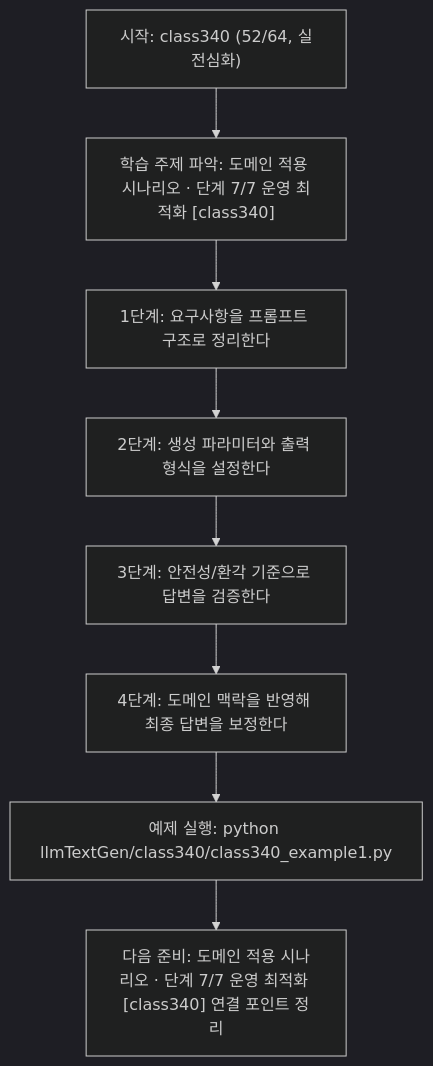
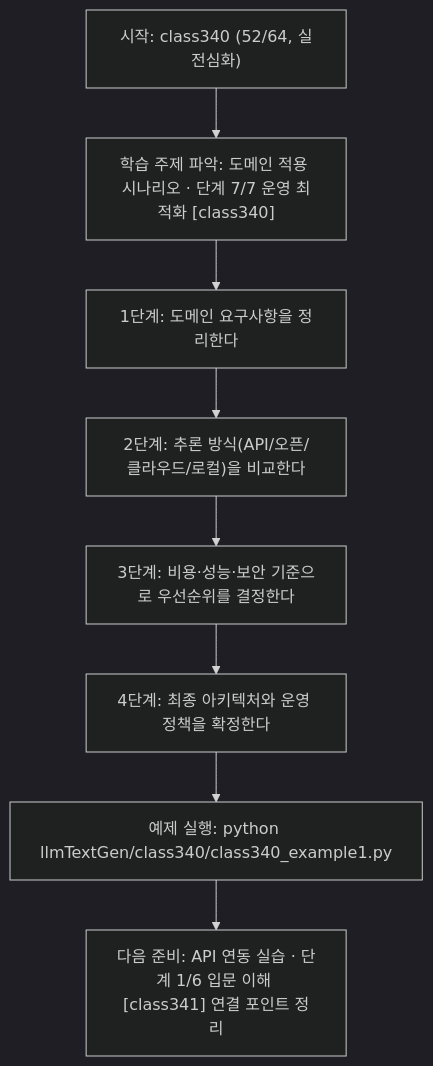
The diagram in llmTextGen/class340/class340.md (edumgt/Python-AI_Agent-Class), drawn with Mermaid (dark theme) before and after one commit. The commit also changed other lines of this file and 451 other files, not shown here.

````diff
--- a/llmTextGen/class340/class340.md
+++ b/llmTextGen/class340/class340.md
@@ -114,18 +95,18 @@
 ```mermaid
 flowchart TD
 N1["시작: class340 (52/64, 실전심화)"]
 N2["학습 주제 파악: 도메인 적용 시나리오 · 단계 7/7 운영 최적화 [class340]"]
-N3["1단계: 요구사항을 프롬프트 구조로 정리한다"]
-N4["2단계: 생성 파라미터와 출력 형식을 설정한다"]
-N5["3단계: 안전성/환각 기준으로 답변을 검증한다"]
-N6["4단계: 도메인 맥락을 반영해 최종 답변을 보정한다"]
+N3["1단계: 도메인 요구사항을 정리한다"]
+N4["2단계: 추론 방식(API/오픈/클라우드/로컬)을 비교한다"]
+N5["3단계: 비용·성능·보안 기준으로 우선순위를 결정한다"]
+N6["4단계: 최종 아키텍처와 운영 정책을 확정한다"]
 N7["예제 실행: python llmTextGen/class340/class340_example1.py"]
-N8["다음 준비: 도메인 적용 시나리오 · 단계 7/7 운영 최적화 [class340] 연결 포인트 정리"]
+N8["다음 준비: API 연동 실습 · 단계 1/6 입문 이해 [class341] 연결 포인트 정리"]
 N1 --> N2
 N2 --> N3
 N3 --> N4
 N4 --> N5
 N5 --> N6
 N6 --> N7
 N7 --> N8
 ```
````
